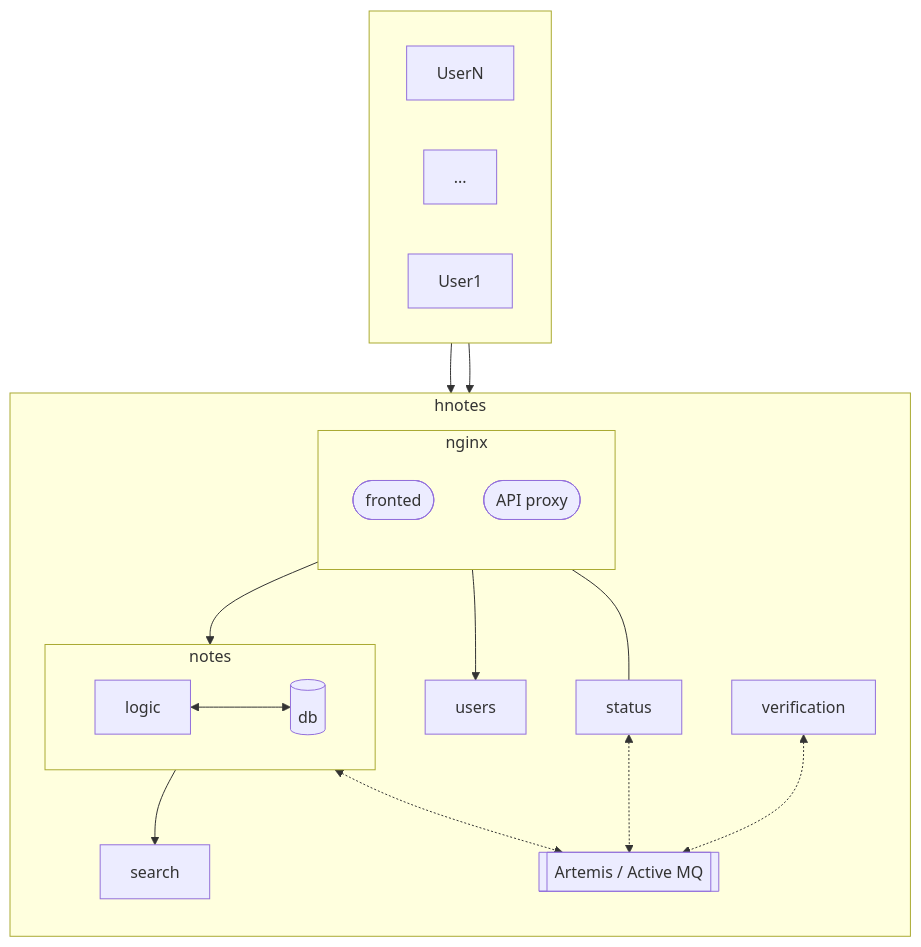
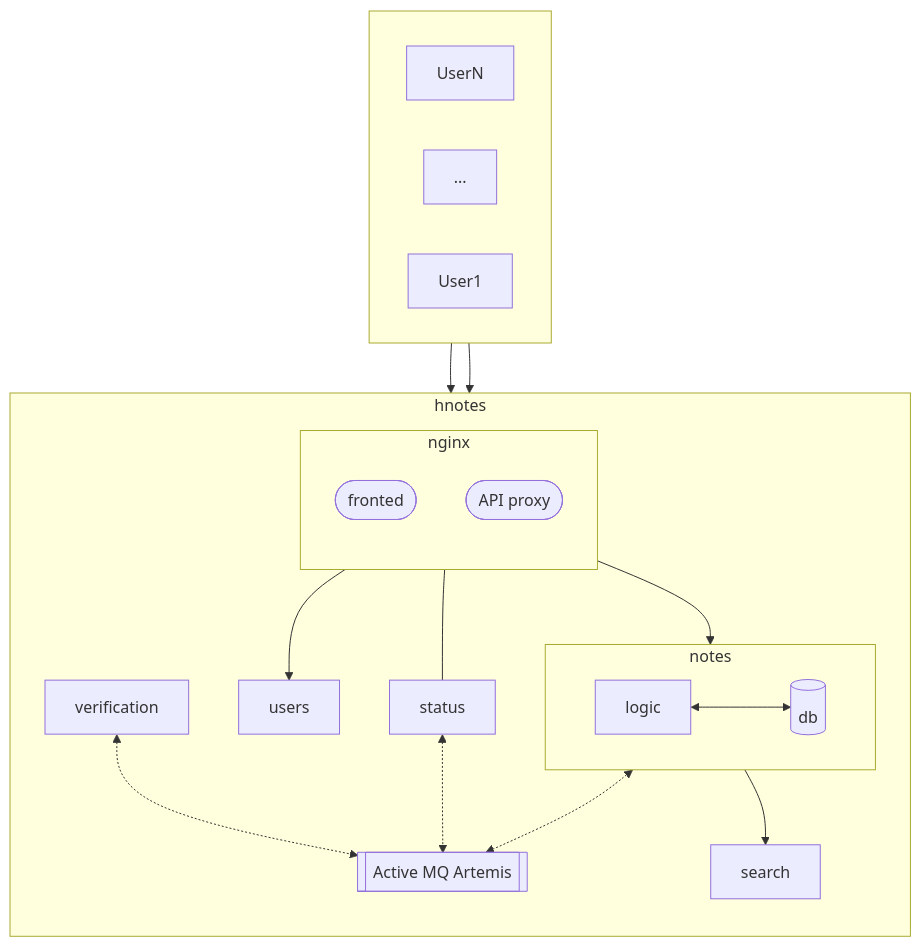
Before and after one commit to mateusz-holenko/hnotes: the diagram in README.md, drawn with Mermaid.

Commit message:
Moar fixes

````diff
--- a/README.md
+++ b/README.md
@@ -20,49 +20,49 @@
 ```mermaid
 
 flowchart TB
   direction TB
   subgraph WORLD[" "]
     direction LR
     UN["UserN"]
     U2["..."]
     U1["User1"]
   end
   subgraph HN["hnotes"]
     direction TB
     subgraph NG["nginx"]
         direction TB
         FR(["fronted"])
         API(["API proxy"])
     end
     US["users"]
     ST["status"]
     VE["verification"]
     SE["search"]
     subgraph SB_NO["notes"]
         direction LR
         NO["logic"] <--> db[("db")]
     end
 
-    BR[["Artemis / Active MQ"]]
+    BR[["Active MQ Artemis"]]
 
     API --> NO
     API --> US
 
-    NO --> SE
+    SB_NO --> SE
     
     NO <-.-> BR
     VE <-.-> BR
     ST <-.-> BR 
    end
 
   U1 --> NG
   UN --> NG
   NG --- ST
 
   click FR "https://github.com/mateusz-holenko/hnotes/tree/readme?tab=readme-ov-file#frontend-application" "Frontend application"
   click NO "https://github.com/mateusz-holenko/hnotes/tree/readme?tab=readme-ov-file#notes-service" "Notes Service"
   click US "https://github.com/mateusz-holenko/hnotes/tree/readme?tab=readme-ov-file#users-service" "Users Service"
   click ST "https://github.com/mateusz-holenko/hnotes/tree/readme?tab=readme-ov-file#status-service" "Status Service"
   click VE "https://github.com/mateusz-holenko/hnotes/tree/readme?tab=readme-ov-file#verification-service" "Verification Service"
   click BR "https://github.com/mateusz-holenko/hnotes/tree/readme?tab=readme-ov-file#message-broker" "Message Broker"
 ```
````
